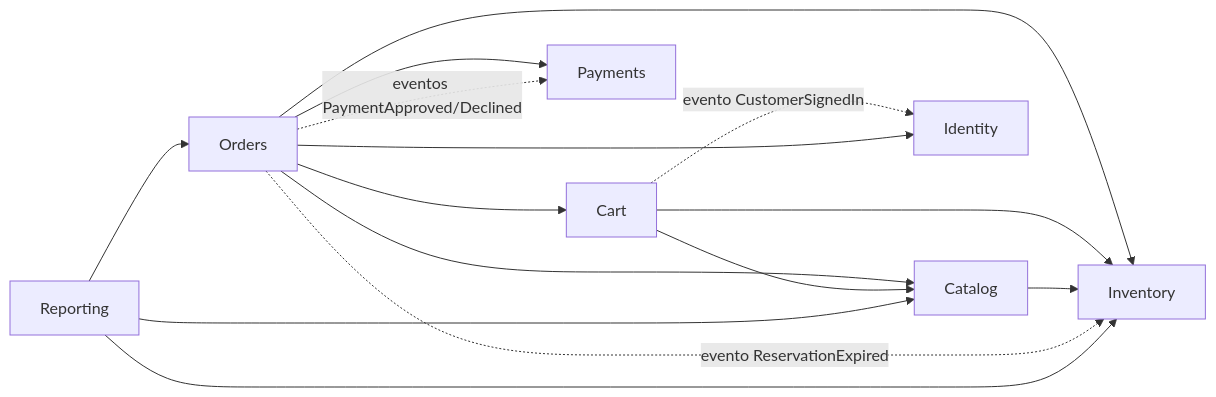
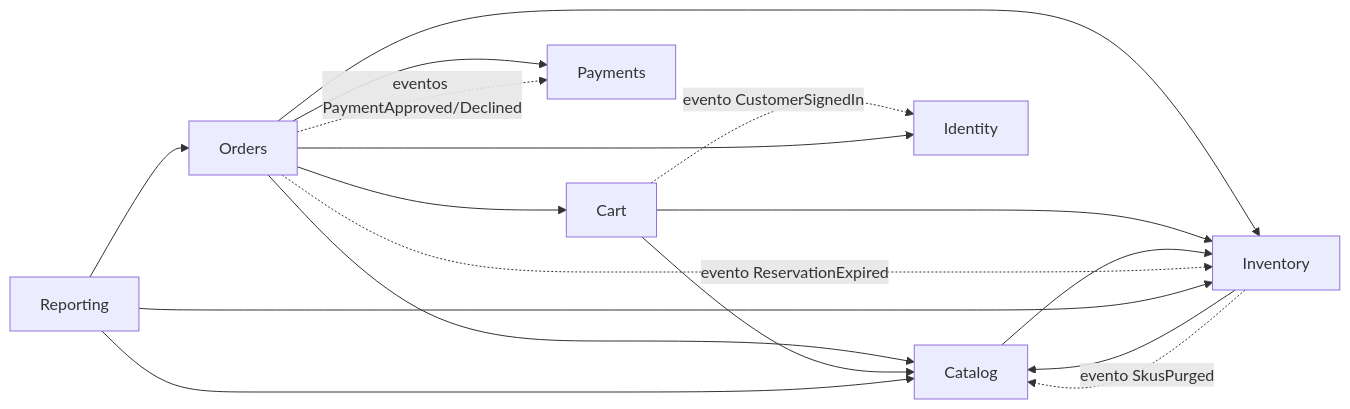
Before and after one commit to MathBriton/kamusEcommerce: the third of 6 diagrams in docs/architecture.md, drawn with Mermaid. The commit also changed other lines of this file and 3 other files, not shown here.

````diff
--- a/docs/architecture.md
+++ b/docs/architecture.md
@@ -66,11 +67,13 @@
 ```mermaid
 flowchart LR
     Orders --> Cart & Catalog & Inventory & Payments
     Cart --> Catalog & Inventory
     Cart -. "evento CustomerSignedIn" .-> Identity
     Catalog --> Inventory
     Orders -. "eventos PaymentApproved/Declined" .-> Payments
     Orders -. "evento ReservationExpired" .-> Inventory
     Orders --> Identity
     Reporting --> Orders & Inventory & Catalog
+    Inventory --> Catalog
+    Inventory -. "evento SkusPurged" .-> Catalog
 ```
````
